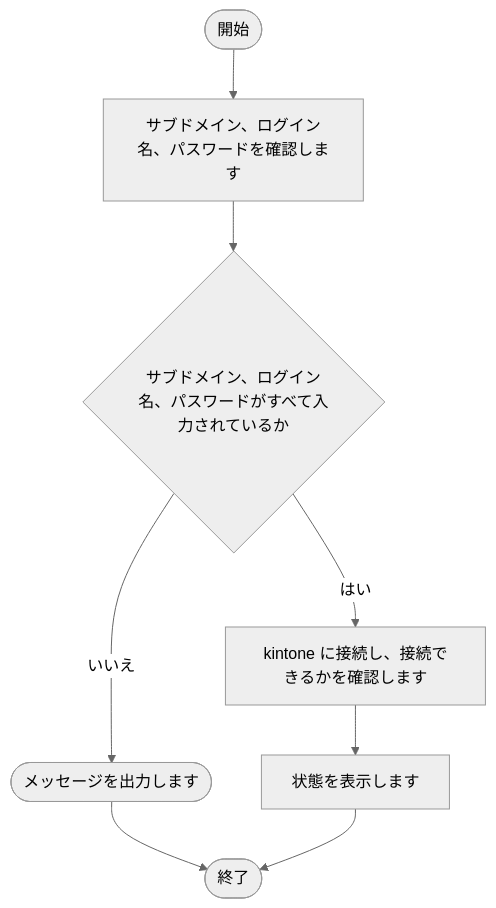
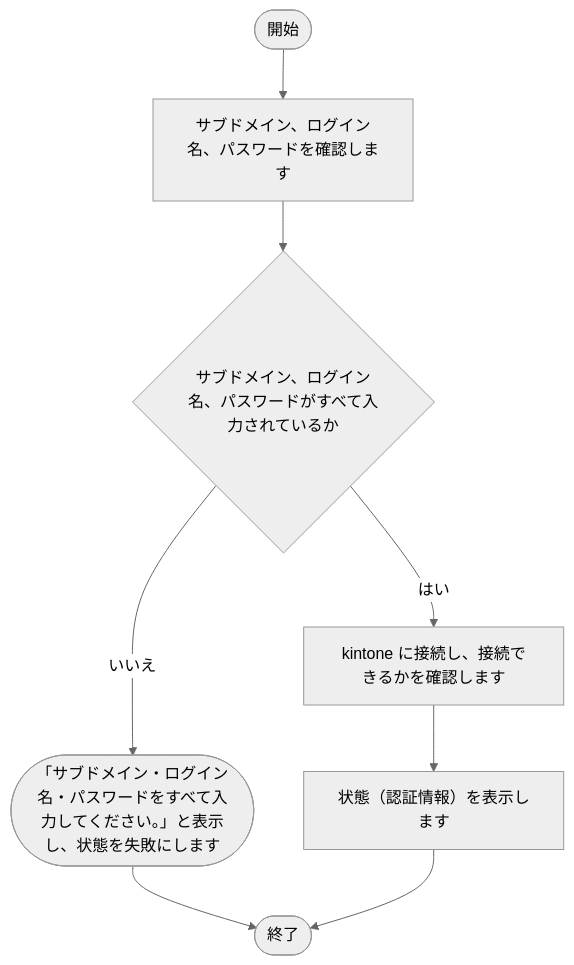
Before and after one commit to nishida2073/project_management: diagram 17 of 28 in tool/track-aggregator/doc/02_設計/処理フロー.md, drawn with Mermaid (neutral theme). The commit also changed other lines of this file and 35 other files, not shown here.

````diff
--- a/tool/track-aggregator/doc/02_設計/処理フロー.md
+++ b/tool/track-aggregator/doc/02_設計/処理フロー.md
@@ -453,17 +453,17 @@
 ```mermaid
 flowchart TD
     S(["開始"])
     E(["終了"])
     N1["サブドメイン、ログイン名、パスワードを確認します"]
     S --> N1
     N2{"サブドメイン、ログイン名、パスワードがすべて入力されているか"}
     N1 --> N2
-    X2(["メッセージを出力します"])
+    X2(["「サブドメイン・ログイン名・パスワードをすべて入力してください。」と表示し、状態を失敗にします"])
     N2 -- いいえ --> X2
     X2 --> E
     N3["kintone に接続し、接続できるかを確認します"]
     N2 -- はい --> N3
-    N4["状態を表示します"]
+    N4["状態（認証情報）を表示します"]
     N3 --> N4
     N4 --> E
 ```
````
